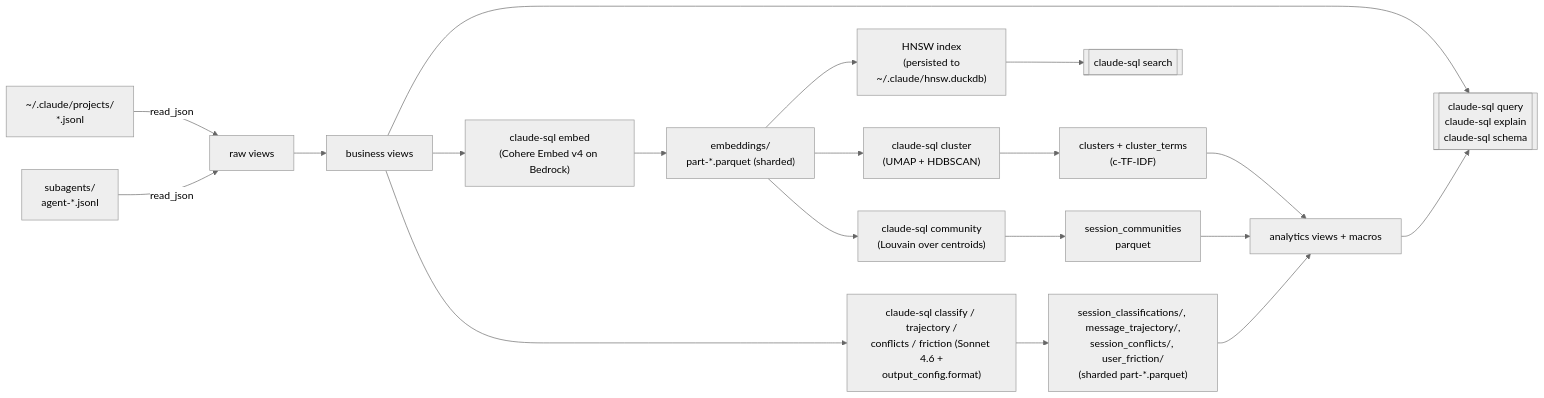
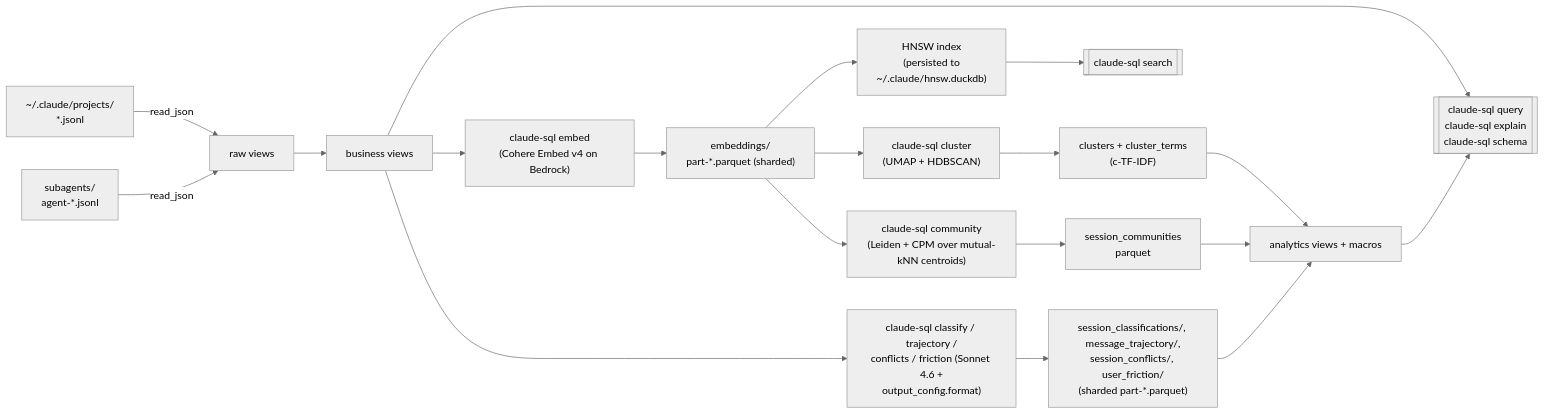
Before and after one commit to theagenticguy/claude-sql: the diagram in README.md, drawn with Mermaid (neutral theme). The commit also changed other lines of this file and 20 other files, not shown here.

First line of the commit message:
feat: replace Louvain with agent-first Leiden+CPM (v0.5.0) (#28)

````diff
--- a/README.md
+++ b/README.md
@@ -66,21 +66,21 @@
 ```mermaid
 flowchart LR
     J["~/.claude/projects/<br/>*.jsonl"] -->|read_json| R[raw views]
     J2["subagents/<br/>agent-*.jsonl"] -->|read_json| R
     R --> V[business views]
     V --> Q[["claude-sql query<br/>claude-sql explain<br/>claude-sql schema"]]
     V --> E["claude-sql embed<br/>(Cohere Embed v4 on Bedrock)"]
     E --> P["embeddings/<br/>part-*.parquet (sharded)"]
     P --> H["HNSW index<br/>(persisted to<br/>~/.claude/hnsw.duckdb)"]
     H --> S[["claude-sql search"]]
     V --> L["claude-sql classify / trajectory /<br/>conflicts / friction (Sonnet 4.6 +<br/>output_config.format)"]
     L --> PA["session_classifications/, message_trajectory/,<br/>session_conflicts/, user_friction/<br/>(sharded part-*.parquet)"]
     P --> C["claude-sql cluster<br/>(UMAP + HDBSCAN)"]
     C --> PC["clusters + cluster_terms<br/>(c-TF-IDF)"]
-    P --> CM["claude-sql community<br/>(Louvain over centroids)"]
+    P --> CM["claude-sql community<br/>(Leiden + CPM over mutual-kNN centroids)"]
     CM --> PM["session_communities<br/>parquet"]
     PA --> AV[analytics views + macros]
     PC --> AV
     PM --> AV
     AV --> Q
 ```
````
